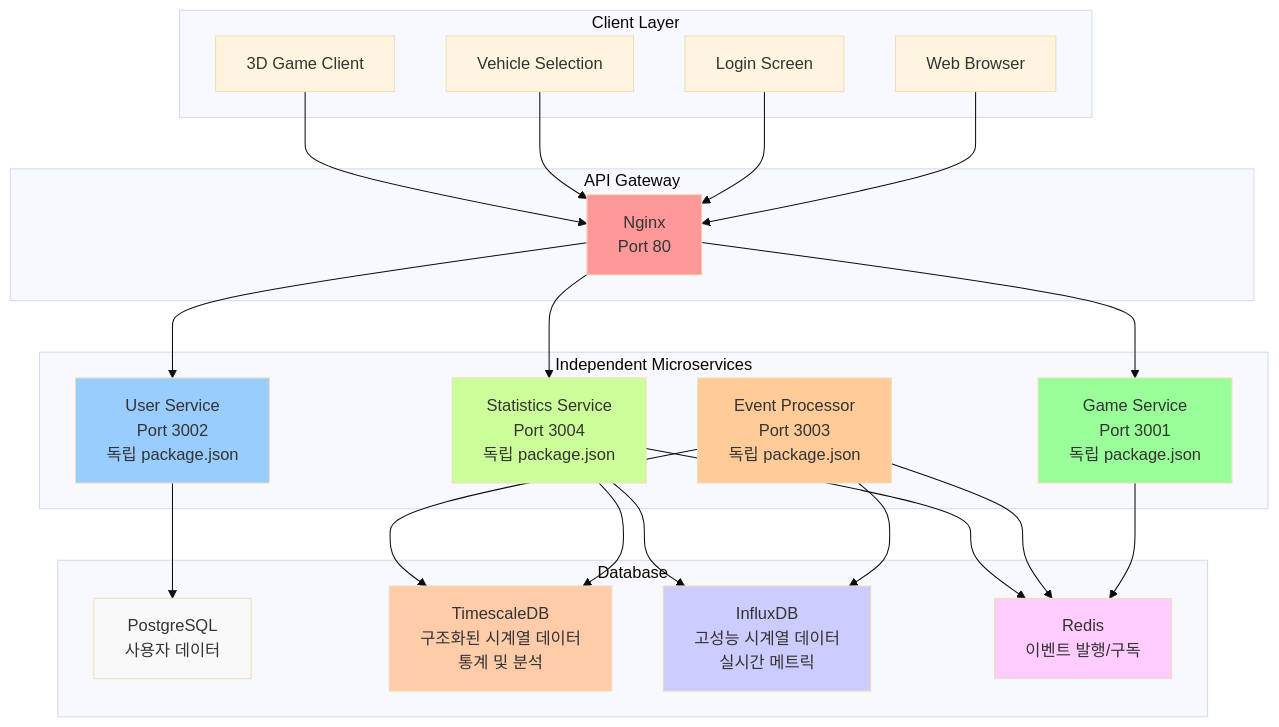
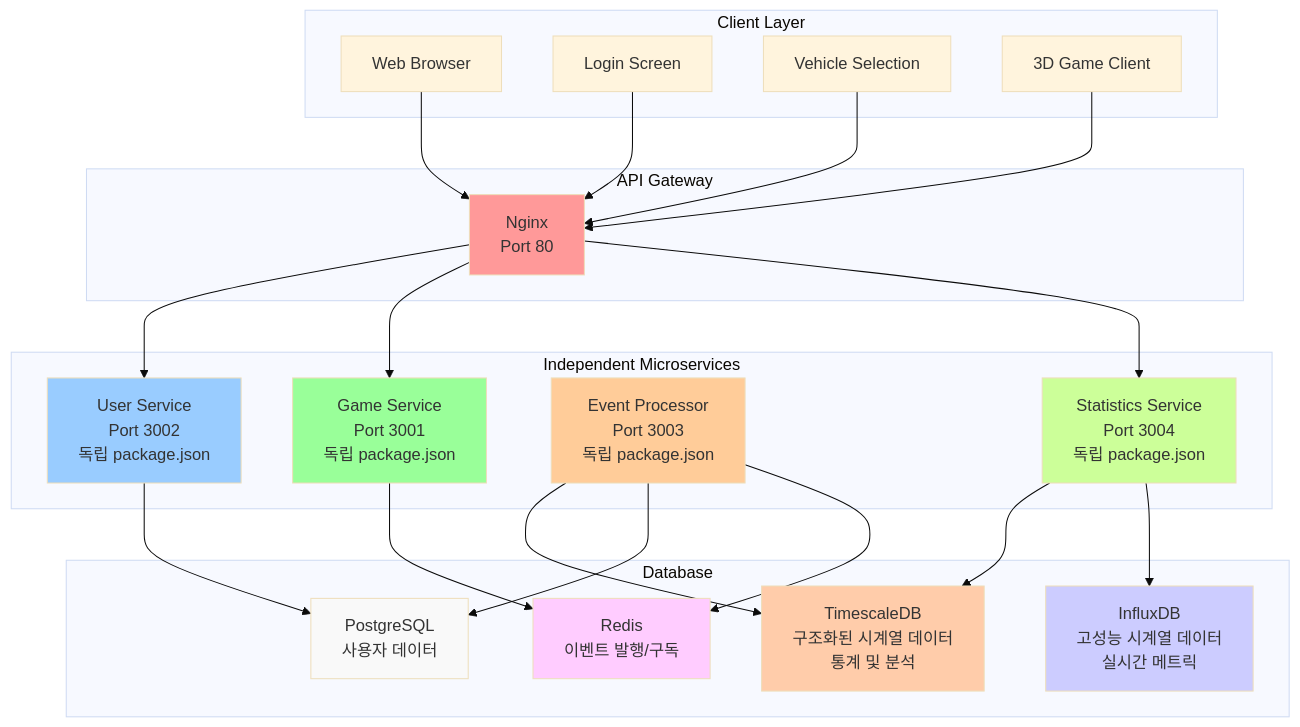
One commit to tanminkwan/test2 changed the first of 2 diagrams in README.md. Above: the diagram before and after it, drawn with Mermaid (base theme). The commit also changed other lines of this file and 1 other file, not shown here.

````diff
--- a/README.md
+++ b/README.md
@@ -13,55 +13,54 @@
 ```mermaid
 graph TB
     subgraph "Client Layer"
         A[Web Browser]
         B[Login Screen]
         C[Vehicle Selection]
         D[3D Game Client]
     end
     
     subgraph "API Gateway"
         E[Nginx<br/>Port 80]
     end
     
     subgraph "Independent Microservices"
         F[User Service<br/>Port 3002<br/>독립 package.json]
         G[Game Service<br/>Port 3001<br/>독립 package.json]
         H[Event Processor<br/>Port 3003<br/>독립 package.json]
         S[Statistics Service<br/>Port 3004<br/>독립 package.json]
     end
     
     subgraph "Database"
         I[PostgreSQL<br/>사용자 데이터]
         T[TimescaleDB<br/>구조화된 시계열 데이터<br/>통계 및 분석]
         J[InfluxDB<br/>고성능 시계열 데이터<br/>실시간 메트릭]
         R[Redis<br/>이벤트 발행/구독]
     end
     
     A --> E
     B --> E
     C --> E
     D --> E
     
     E --> F
     E --> G
     E --> S
     
     F --> I
     G --> R
     S --> T
     H --> T
-    H --> J
+    H --> I
     H --> R
     S --> J
-    S --> R
     
     style E fill:#ff9999
     style F fill:#99ccff
     style G fill:#99ff99
     style S fill:#ccff99
     style H fill:#ffcc99
     style I fill:#f9f9f9
     style T fill:#ffccaa
     style J fill:#ccccff
     style R fill:#ffccff
 ```
````
